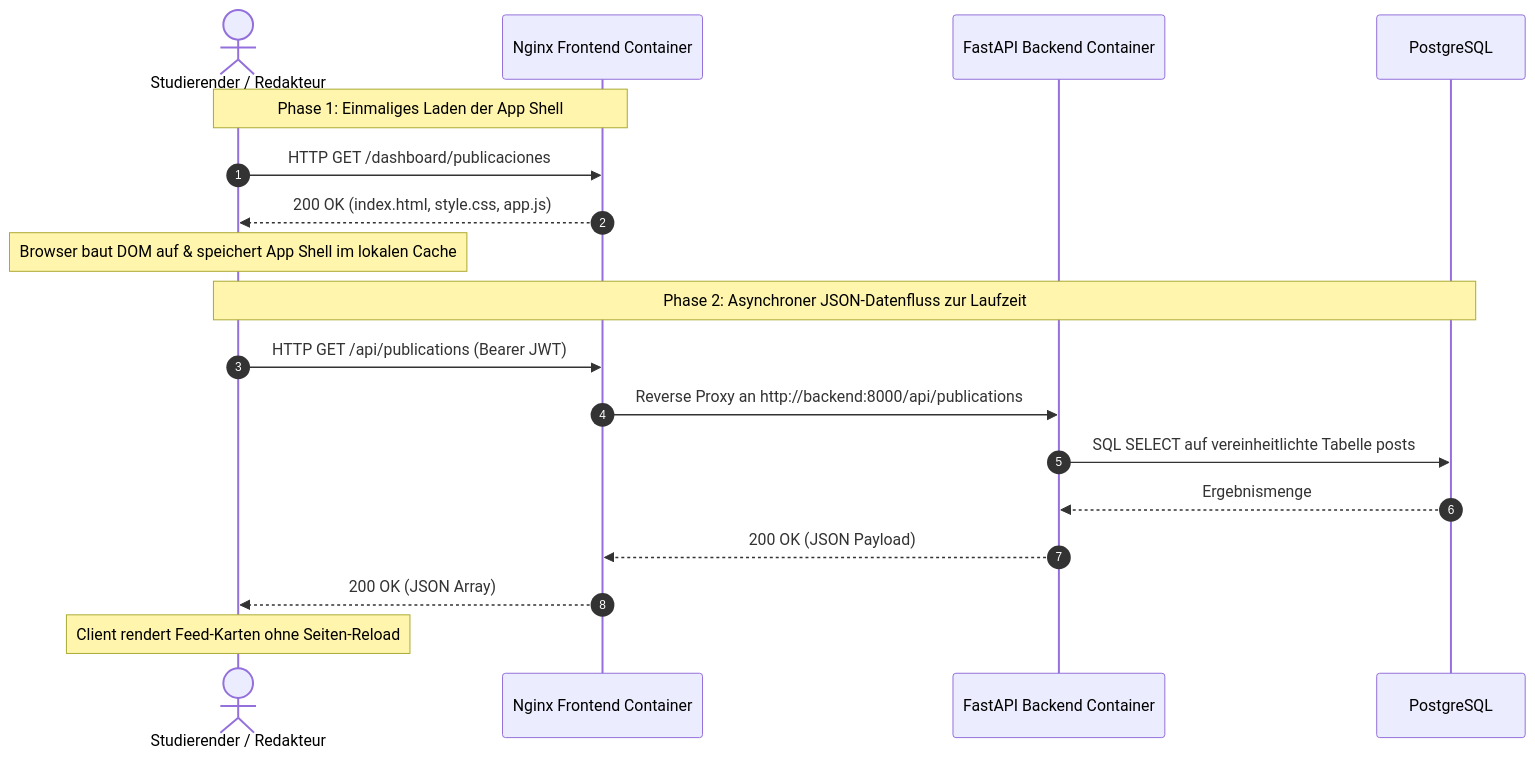
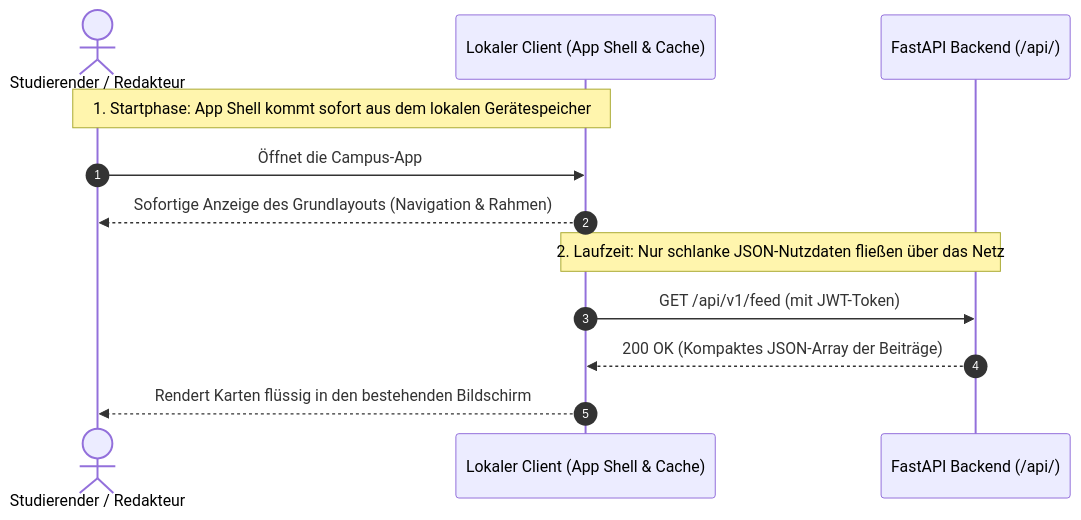
One commit to Pascal-Thommen/pascal-thommen.github.io changed the first of 2 diagrams in content/posts/upa-campus-app-architecture-part-4/index.de.md. Above: the diagram before and after it, drawn with Mermaid. The commit also changed other lines of this file and 25 other files, not shown here.

Commit message:
feat(series): greenfield rewrite of UPA Campus App series and language-aware navigation (#17)

````diff
--- a/content/posts/upa-campus-app-architecture-part-4/index.de.md
+++ b/content/posts/upa-campus-app-architecture-part-4/index.de.md
@@ -30,22 +30,16 @@
 ```mermaid
 sequenceDiagram
     autonumber
     actor User as Studierender / Redakteur
-    participant Nginx as Nginx Frontend Container
-    participant Backend as FastAPI Backend Container
-    participant DB as PostgreSQL
+    participant Client as Lokaler Client (App Shell & Cache)
+    participant API as FastAPI Backend (/api/)
 
-    Note over User,Nginx: Phase 1: Einmaliges Laden der App Shell
-    User->>Nginx: HTTP GET /dashboard/publicaciones
-    Nginx-->>User: 200 OK (index.html, style.css, app.js)
-    Note over User: Browser baut DOM auf & speichert App Shell im lokalen Cache
+    Note over User,Client: 1. Startphase: App Shell kommt sofort aus dem lokalen Gerätespeicher
+    User->>Client: Öffnet die Campus-App
+    Client-->>User: Sofortige Anzeige des Grundlayouts (Navigation & Rahmen)
 
-    Note over User,DB: Phase 2: Asynchroner JSON-Datenfluss zur Laufzeit
-    User->>Nginx: HTTP GET /api/publications (Bearer JWT)
-    Nginx->>Backend: Reverse Proxy an http://backend:8000/api/publications
-    Backend->>DB: SQL SELECT auf vereinheitlichte Tabelle posts
-    DB-->>Backend: Ergebnismenge
-    Backend-->>Nginx: 200 OK (JSON Payload)
-    Nginx-->>User: 200 OK (JSON Array)
-    Note over User: Client rendert Feed-Karten ohne Seiten-Reload
+    Note over Client,API: 2. Laufzeit: Nur schlanke JSON-Nutzdaten fließen über das Netz
+    Client->>API: GET /api/v1/feed (mit JWT-Token)
+    API-->>Client: 200 OK (Kompaktes JSON-Array der Beiträge)
+    Client-->>User: Rendert Karten flüssig in den bestehenden Bildschirm
 ```
````
